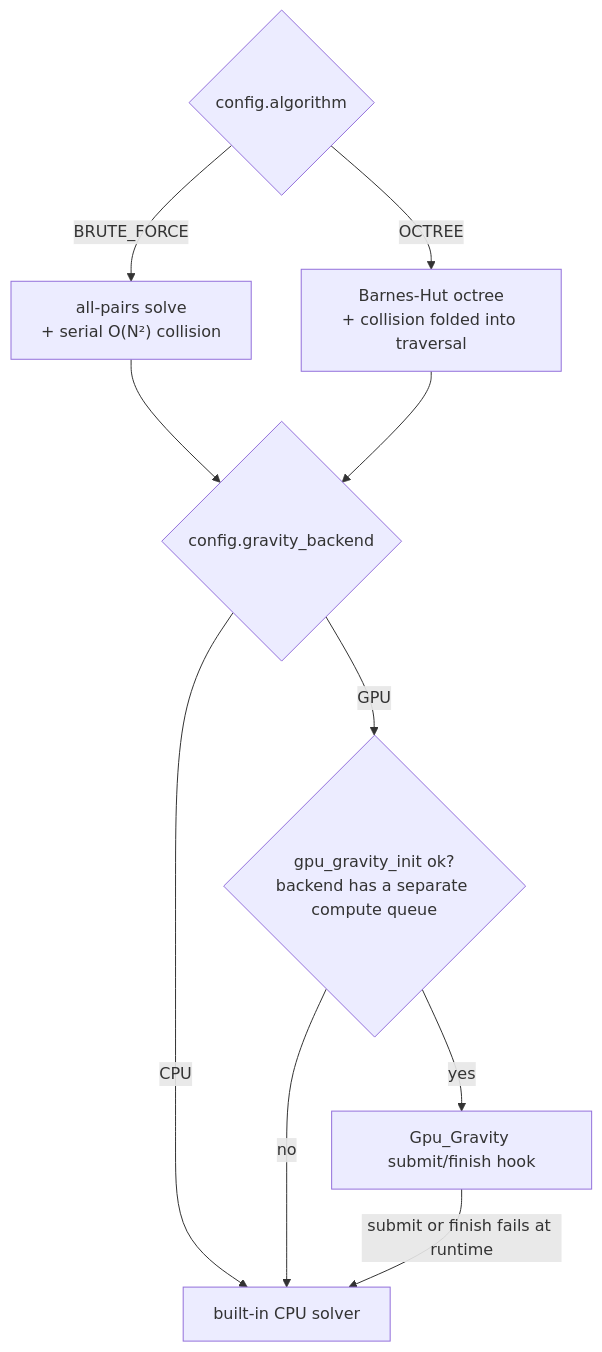
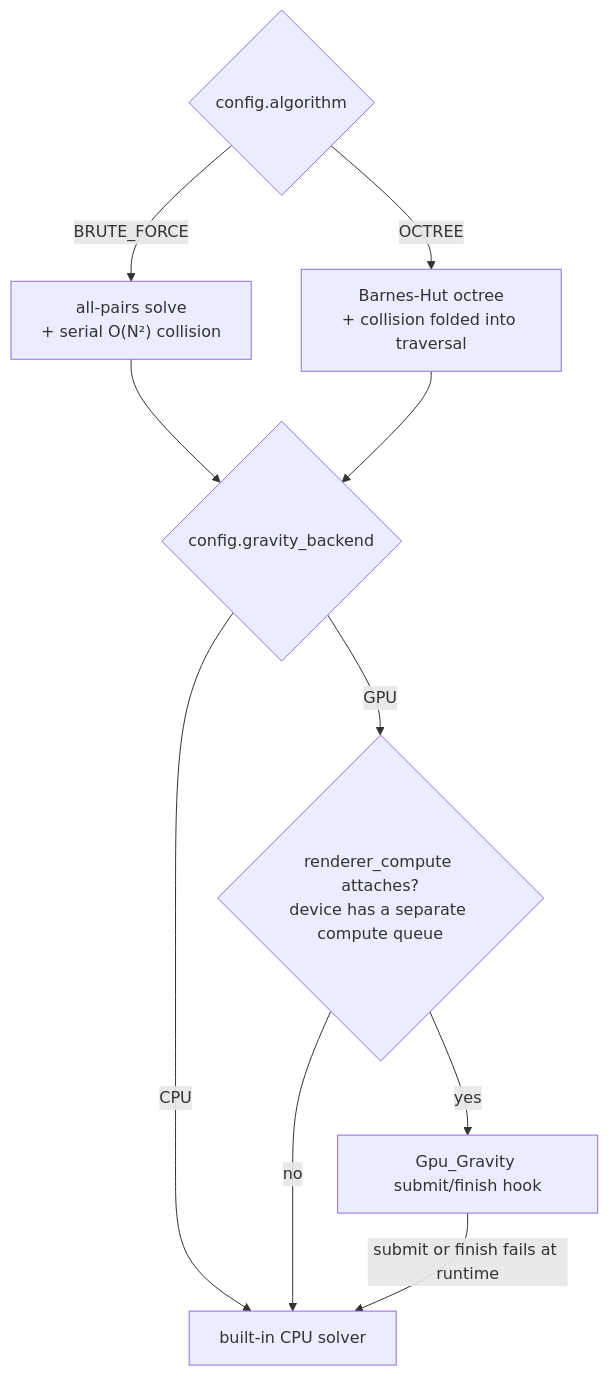
The sixth of 7 diagrams in docs/architecture.md (TanukiConDos/Gravity-Simulator), drawn with Mermaid before and after one commit. The commit also changed other lines of this file and 4 other files, not shown here.

First line of the commit message:
docs: physics records GPU compute through the front's proxy

````diff
--- a/docs/architecture.md
+++ b/docs/architecture.md
@@ -244,13 +248,13 @@
 ```mermaid
 flowchart TD
     algo{"config.algorithm"} -->|"BRUTE_FORCE"| bf["all-pairs solve<br/>+ serial O(N²) collision"]
     algo -->|"OCTREE"| ot["Barnes-Hut octree<br/>+ collision folded into traversal"]
 
     bf --> backend{"config.gravity_backend"}
     ot --> backend
     backend -->|"CPU"| cpu["built-in CPU solver"]
-    backend -->|"GPU"| init{"gpu_gravity_init ok?<br/>backend has a separate compute queue"}
+    backend -->|"GPU"| init{"renderer_compute attaches?<br/>device has a separate compute queue"}
     init -->|"yes"| hook["Gpu_Gravity submit/finish hook"]
     init -->|"no"| cpu
     hook -->|"submit or finish fails at runtime"| cpu
 ```
````
